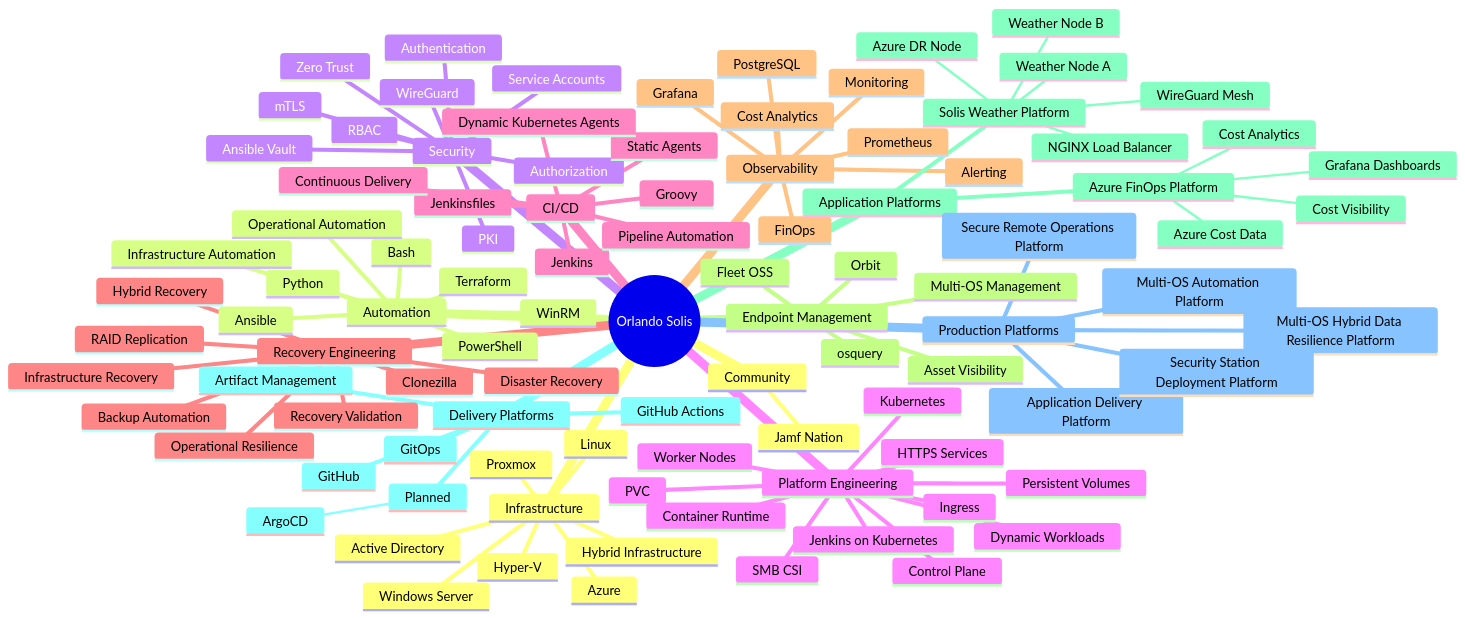
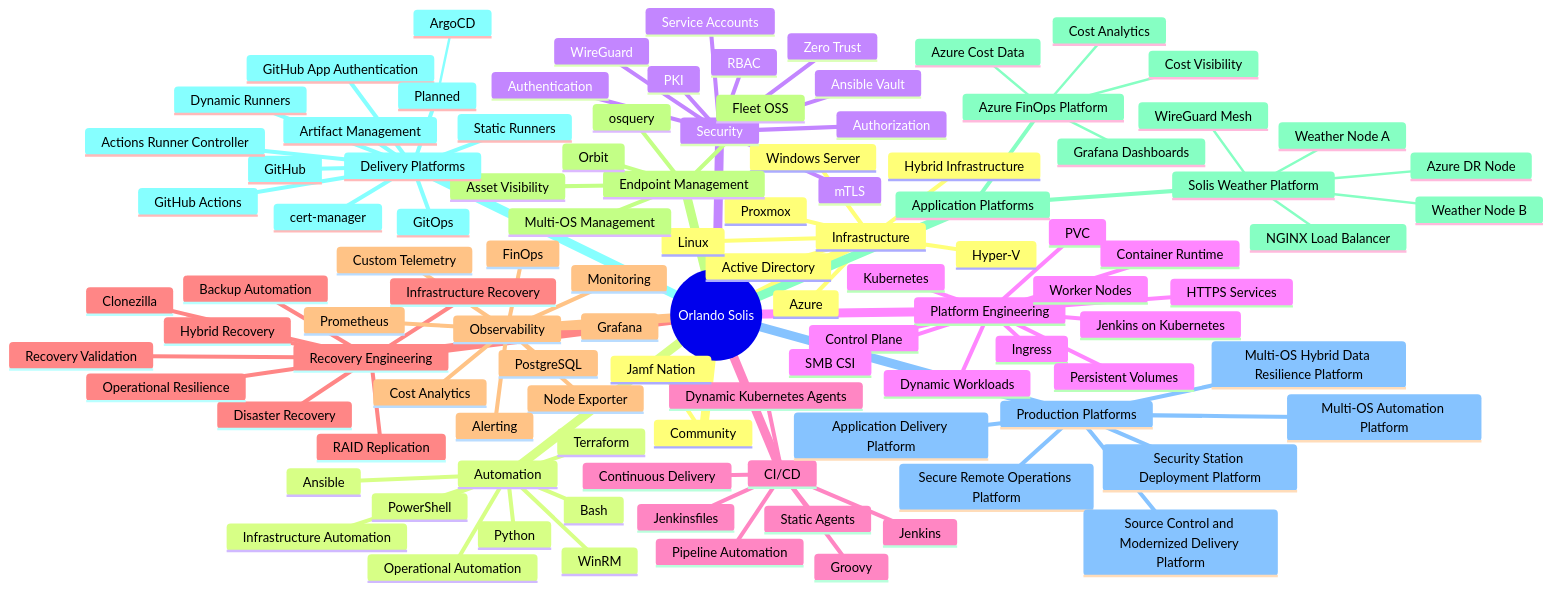
One commit to luisorlandosolis/luisorlandosolis changed the first of 2 diagrams in README.md. Above: the diagram before and after it, drawn with Mermaid. The commit also changed other lines of this file, not shown here.

Commit message:
Update headline and bio; add Dev-Ops-11 runner and observability entries to mindmap

```diff
--- a/README.md
+++ b/README.md
@@ -81,6 +81,8 @@
     Observability
       Grafana
       Prometheus
+      Node Exporter
+      Custom Telemetry
       PostgreSQL
       FinOps
       Cost Analytics
@@ -111,6 +113,11 @@
     Delivery Platforms
       GitHub
       GitHub Actions
+      Actions Runner Controller
+      Static Runners
+      Dynamic Runners
+      GitHub App Authentication
+      cert-manager
       GitOps
       Artifact Management
       Planned
@@ -122,6 +129,7 @@
       Application Delivery Platform
       Multi-OS Hybrid Data Resilience Platform
       Security Station Deployment Platform
+      Source Control and Modernized Delivery Platform
 
     Community
       Jamf Nation
```
